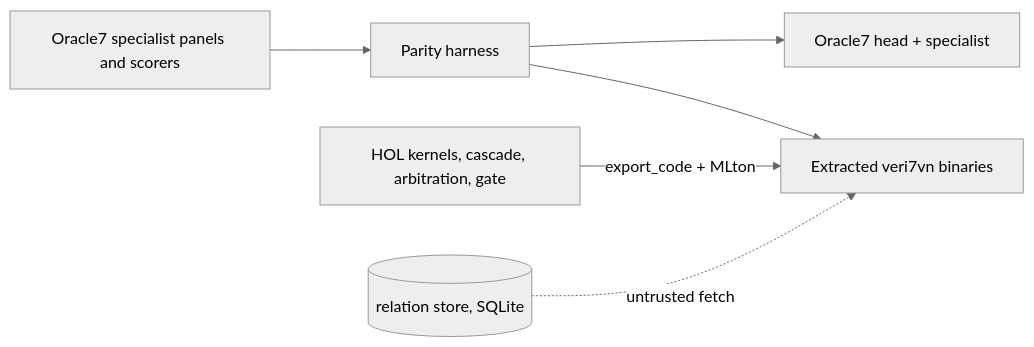
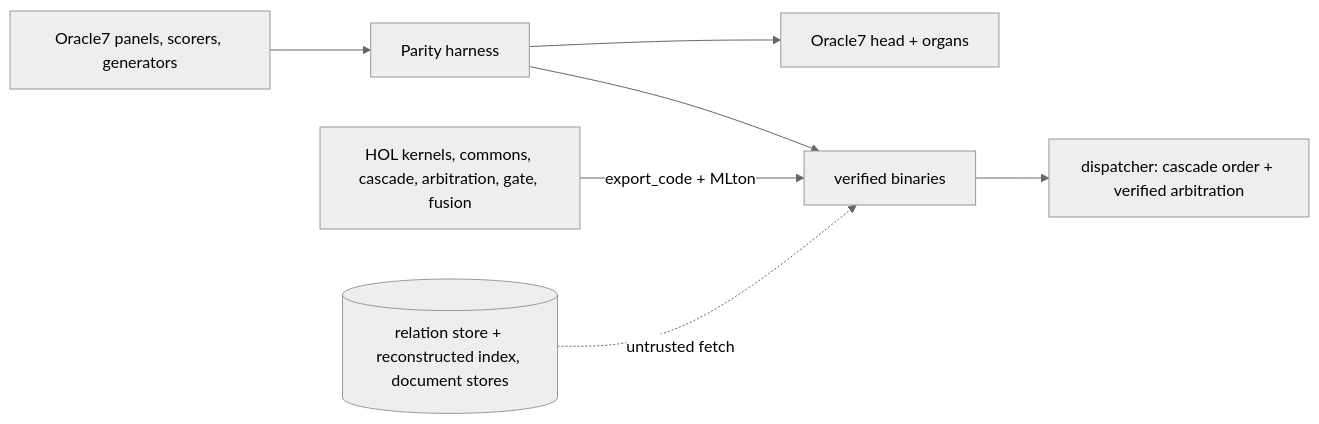
Before and after one commit to emberian/veri7vn: the diagram in README.md, drawn with Mermaid (neutral theme). The commit also changed other lines of this file, not shown here.

````diff
--- a/README.md
+++ b/README.md
@@ -57,8 +61,9 @@
 ```mermaid
 flowchart LR
-  Panels[Oracle7 specialist panels and scorers] --> Harness[Parity harness]
-  Harness --> O7[Oracle7 head + specialist]
-  Harness --> Bin[Extracted veri7vn binaries]
-  HOL[HOL kernels, cascade, arbitration, gate] -- export_code + MLton --> Bin
-  Store[(relation store, SQLite)] -. untrusted fetch .-> Bin
+  Panels[Oracle7 panels, scorers, generators] --> Harness[Parity harness]
+  Harness --> O7[Oracle7 head + organs]
+  Harness --> Bin[verified binaries]
+  HOL[HOL kernels, commons, cascade, arbitration, gate, fusion] -- export_code + MLton --> Bin
+  Stores[(relation store + reconstructed index, document stores)] -. untrusted fetch .-> Bin
+  Bin --> Dispatch[dispatcher: cascade order + verified arbitration]
 ```
````
